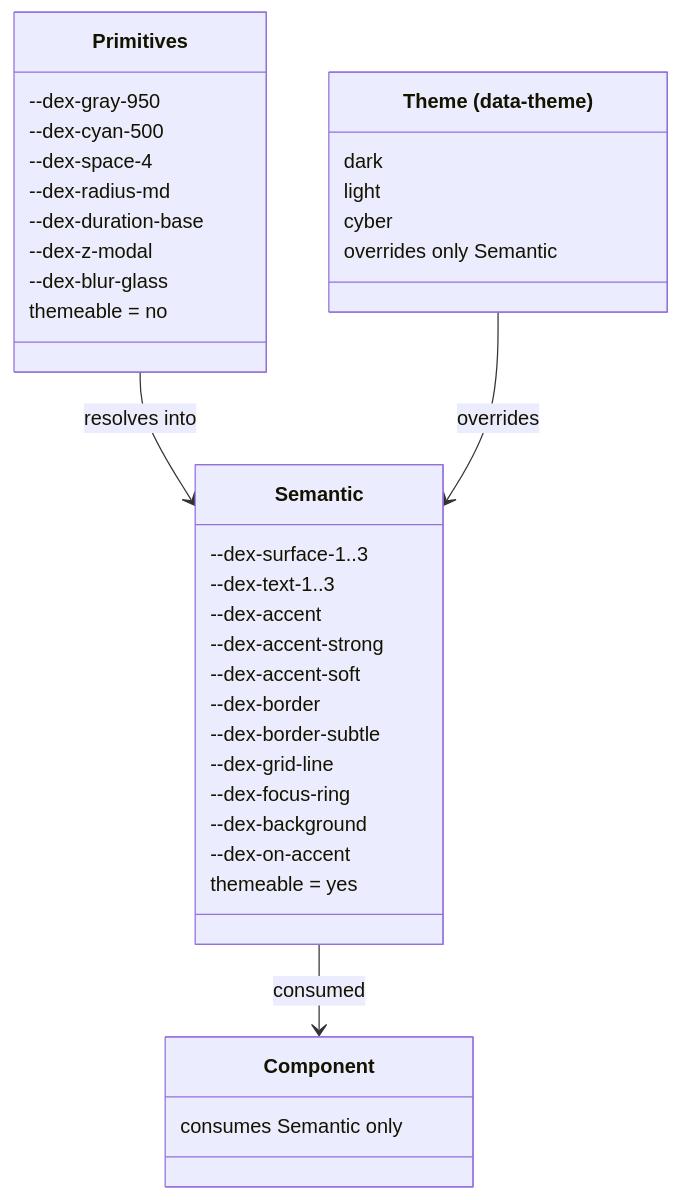
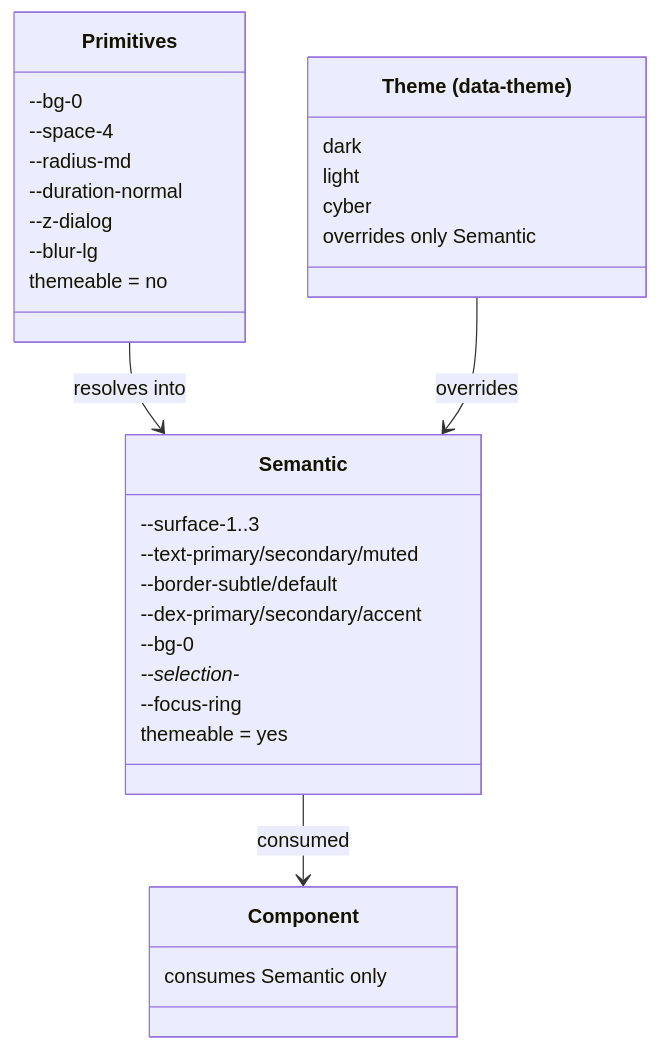
The first of 3 diagrams in docs/30-specs/Theme.md (moughamir/dex), drawn with Mermaid before and after one commit. The commit also changed other lines of this file and 36 other files, not shown here.

````diff
--- a/docs/30-specs/Theme.md
+++ b/docs/30-specs/Theme.md
@@ -31,40 +34,35 @@
 ```mermaid
 classDiagram
     class Primitives {
-        --dex-gray-950
-        --dex-cyan-500
-        --dex-space-4
-        --dex-radius-md
-        --dex-duration-base
-        --dex-z-modal
-        --dex-blur-glass
+        --bg-0
+        --space-4
+        --radius-md
+        --duration-normal
+        --z-dialog
+        --blur-lg
         themeable = no
     }
     class Semantic {
-        --dex-surface-1..3
-        --dex-text-1..3
-        --dex-accent
-        --dex-accent-strong
-        --dex-accent-soft
-        --dex-border
-        --dex-border-subtle
-        --dex-grid-line
-        --dex-focus-ring
-        --dex-background
-        --dex-on-accent
+        --surface-1..3
+        --text-primary/secondary/muted
+        --border-subtle/default
+        --dex-primary/secondary/accent
+        --bg-0
+        --selection-*
+        --focus-ring
         themeable = yes
     }
     class ThemeOverride["Theme (data-theme)"] {
         dark
         light
         cyber
         overrides only Semantic
     }
     class Component["Component"] {
         consumes Semantic only
     }
 
     Primitives --> Semantic : resolves into
     ThemeOverride --> Semantic : overrides
     Semantic --> Component : consumed
 ```
````
